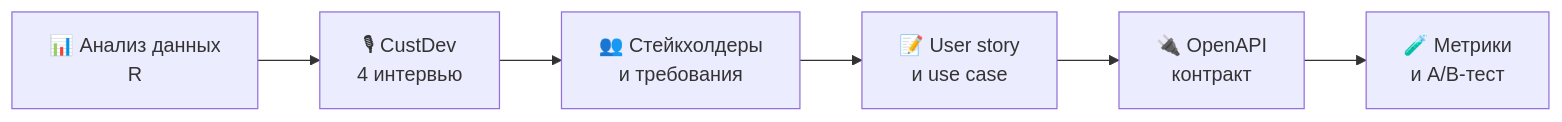
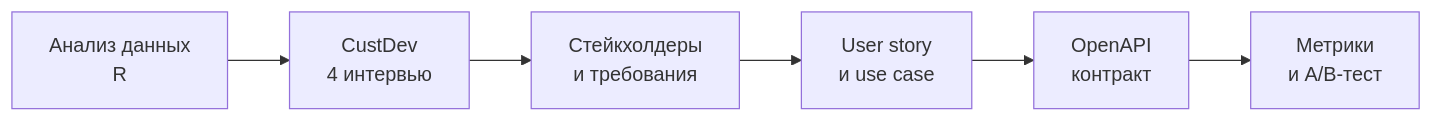
One commit to 0lake/projects changed the diagram in tbank-intensive/README.md. Above: the diagram before and after it, drawn with Mermaid. The commit also changed other lines of this file and 11 other files, not shown here.

````diff
--- a/tbank-intensive/README.md
+++ b/tbank-intensive/README.md
@@ -28,8 +28,8 @@
 ```mermaid
 flowchart LR
-    A["📊 Анализ данных<br/>R"] --> B["🎙 CustDev<br/>4 интервью"]
-    B --> C["👥 Стейкхолдеры<br/>и требования"]
-    C --> D["📝 User story<br/>и use case"]
-    D --> E["🔌 OpenAPI<br/>контракт"]
-    E --> F["🧪 Метрики<br/>и A/B-тест"]
+    A["Анализ данных<br/>R"] --> B["CustDev<br/>4 интервью"]
+    B --> C["Стейкхолдеры<br/>и требования"]
+    C --> D["User story<br/>и use case"]
+    D --> E["OpenAPI<br/>контракт"]
+    E --> F["Метрики<br/>и A/B-тест"]
 ```
````
